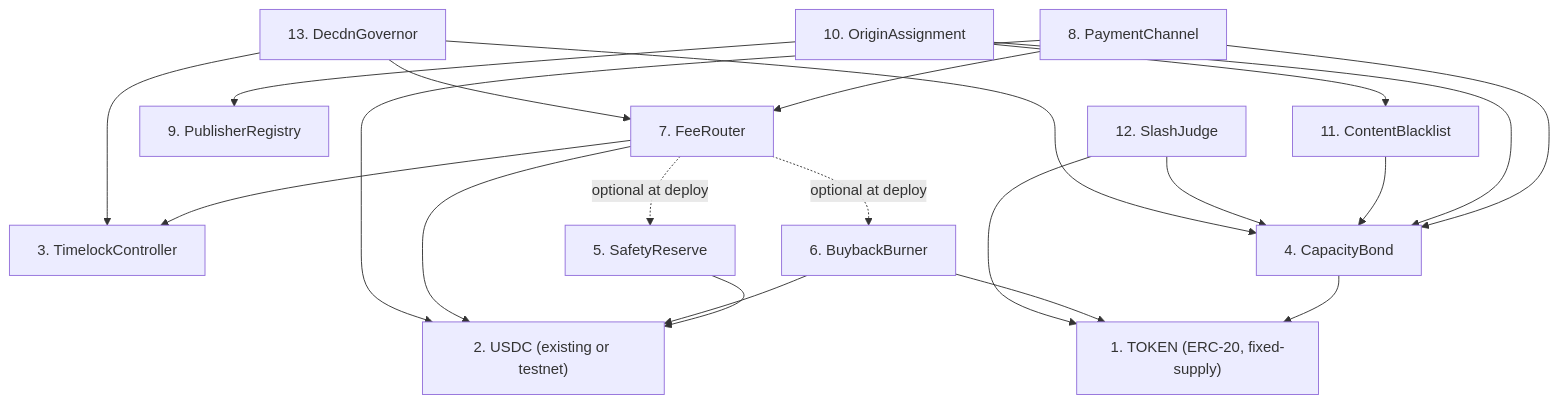
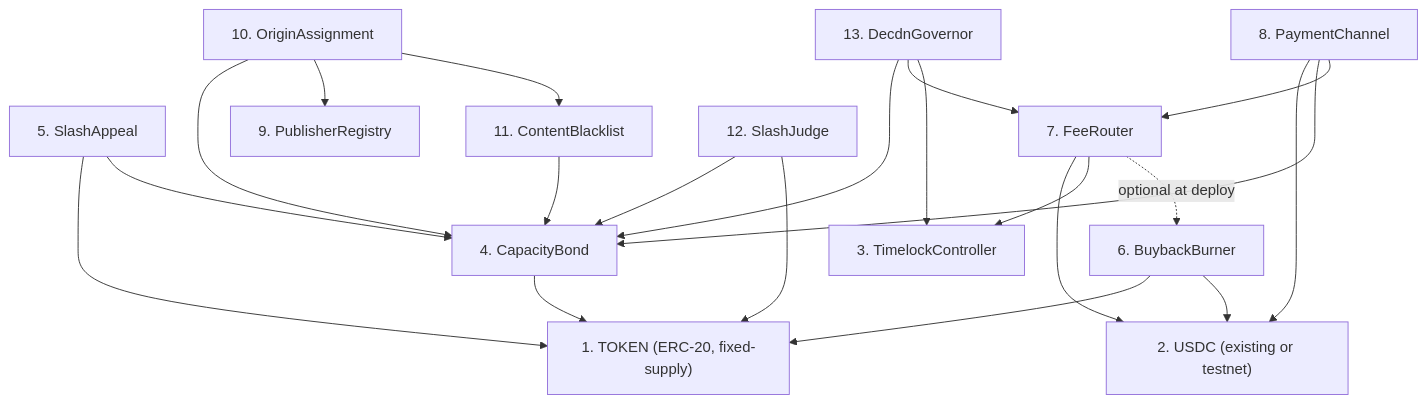
Before and after one commit to decdn/decdn: the second of 5 diagrams in adr/016-contract-interactions.md, drawn with Mermaid. The commit also changed other lines of this file and 35 other files, not shown here.

First line of the commit message:
refactor(contracts): remove SafetyReserve; escrow-on-slash + 5% bucket to burn (#708)

````diff
--- a/adr/016-contract-interactions.md
+++ b/adr/016-contract-interactions.md
@@ -291,37 +289,37 @@
 ```mermaid
 graph TD
     TOKEN["1. TOKEN (ERC-20, fixed-supply)"]
     USDC["2. USDC (existing or testnet)"]
     TL["3. TimelockController"]
     CBOND["4. CapacityBond"]
-    SAFE["5. SafetyReserve"]
+    SA["5. SlashAppeal"]
     BB["6. BuybackBurner"]
     FR["7. FeeRouter"]
     SPC["8. PaymentChannel"]
     PR["9. PublisherRegistry"]
     OA["10. OriginAssignment"]
     CB["11. ContentBlacklist"]
     SJ["12. SlashJudge"]
     GOV["13. DecdnGovernor"]
 
     CBOND --> TOKEN
-    SAFE --> USDC
+    SA --> TOKEN
+    SA --> CBOND
     BB --> TOKEN
     BB --> USDC
     FR --> USDC
     FR --> TL
     FR -.->|"optional at deploy"| BB
-    FR -.->|"optional at deploy"| SAFE
     SPC --> USDC
     SPC --> CBOND
     SPC --> FR
     OA --> CBOND
     OA --> PR
     OA --> CB
     CB --> CBOND
     SJ --> CBOND
     SJ --> TOKEN
     GOV --> CBOND
     GOV --> FR
     GOV --> TL
 ```
````
